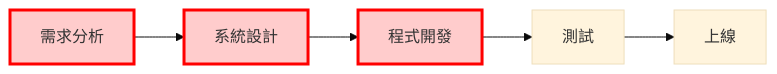
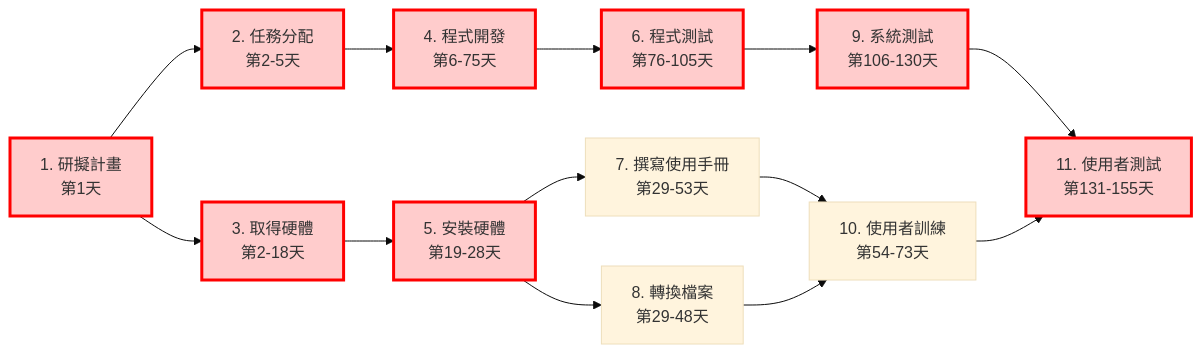
Before and after one commit to c112118202-droid/C112118202: the third of 3 diagrams in hw2.md, drawn with Mermaid (base theme). The commit also changed other lines of this file, not shown here.

````diff
--- a/hw2.md
+++ b/hw2.md
@@ -35,7 +56,18 @@
 ```mermaid
 graph LR
-    A[需求分析] --> B[系統設計] --> C[程式開發] --> D[測試] --> E[上線]
+    A[1. 研擬計畫<br/>第1天]:::critical --> B[2. 任務分配<br/>第2-5天]:::critical
+    A --> C[3. 取得硬體<br/>第2-18天]:::critical
+    B --> D[4. 程式開發<br/>第6-75天]:::critical
+    C --> E[5. 安裝硬體<br/>第19-28天]:::critical
+    D --> F[6. 程式測試<br/>第76-105天]:::critical
+    E --> G[7. 撰寫使用手冊<br/>第29-53天]
+    E --> H[8. 轉換檔案<br/>第29-48天]
+    F --> I[9. 系統測試<br/>第106-130天]:::critical
+    G --> J[10. 使用者訓練<br/>第54-73天]
+    H --> J
+    I --> K[11. 使用者測試<br/>第131-155天]:::critical
+    J --> K
     
-    class A,B,C critical
     classDef critical fill:#ffcccc,stroke:#ff0000,stroke-width:3px;
+    classDef normal fill:#e1e1e1,stroke:#333,stroke-width:2px;
 ```
````
